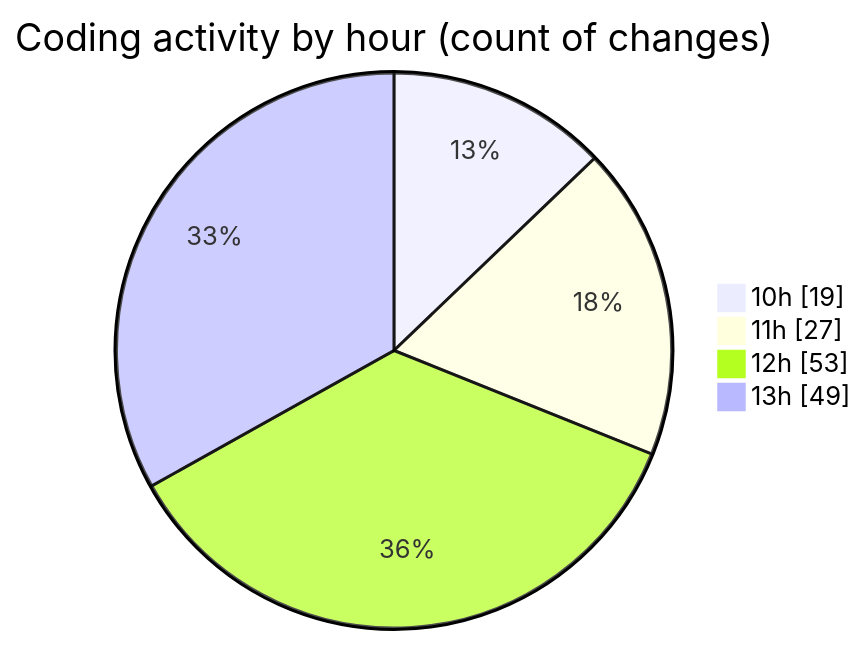
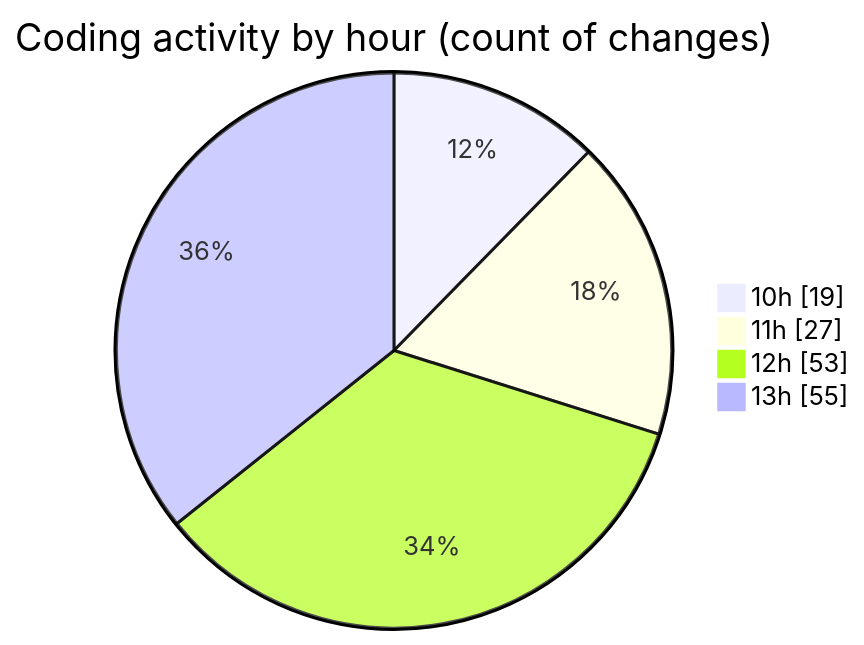
The second of 2 diagrams in 2025-03-18/cda/README.md (momahboobian/code-tracking), drawn with Mermaid before and after one commit. The commit also changed other lines of this file and 1 other file, not shown here.

````diff
--- a/2025-03-18/cda/README.md
+++ b/2025-03-18/cda/README.md
@@ -42,8 +42,8 @@
 ```mermaid
 pie showData
 title Coding activity by hour (count of changes)
 "10h" : 19
 "11h" : 27
 "12h" : 53
-"13h" : 49
+"13h" : 55
 ```
````
